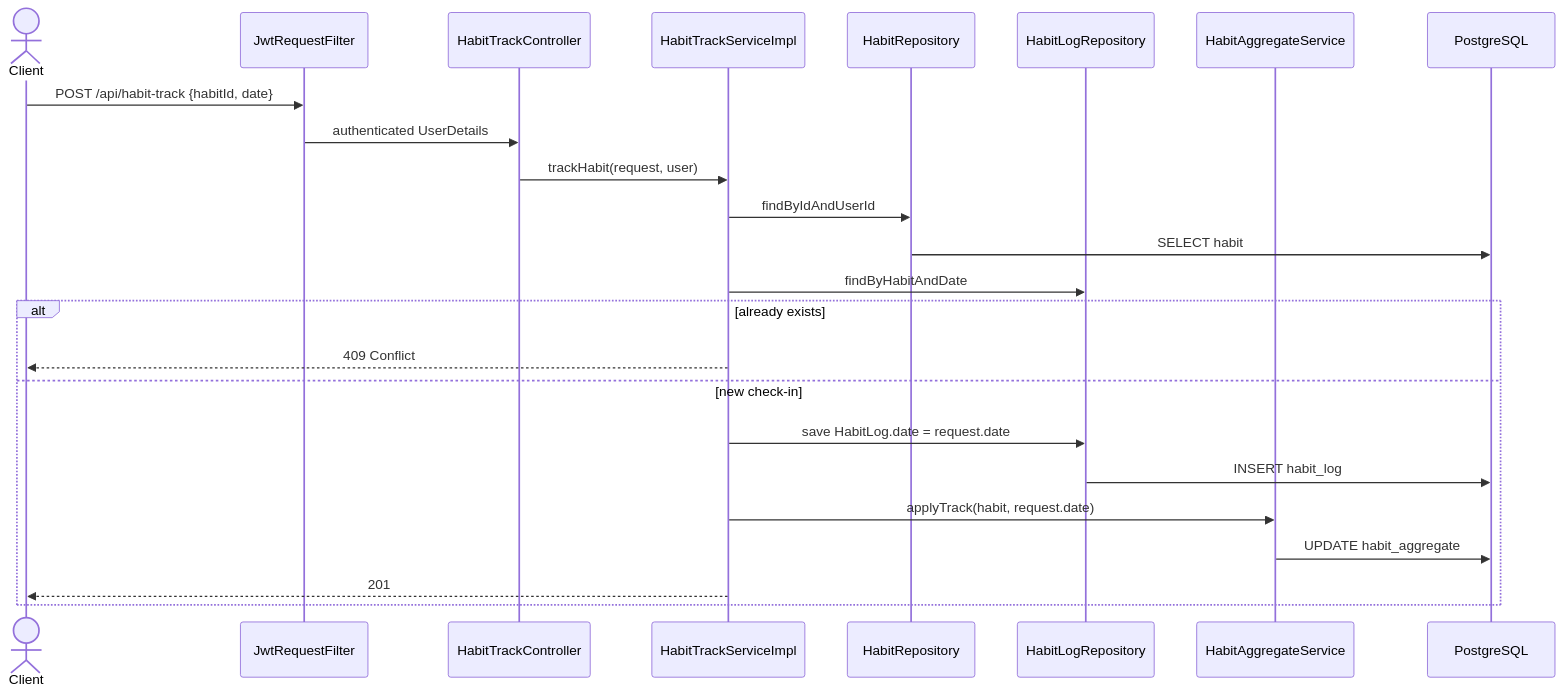
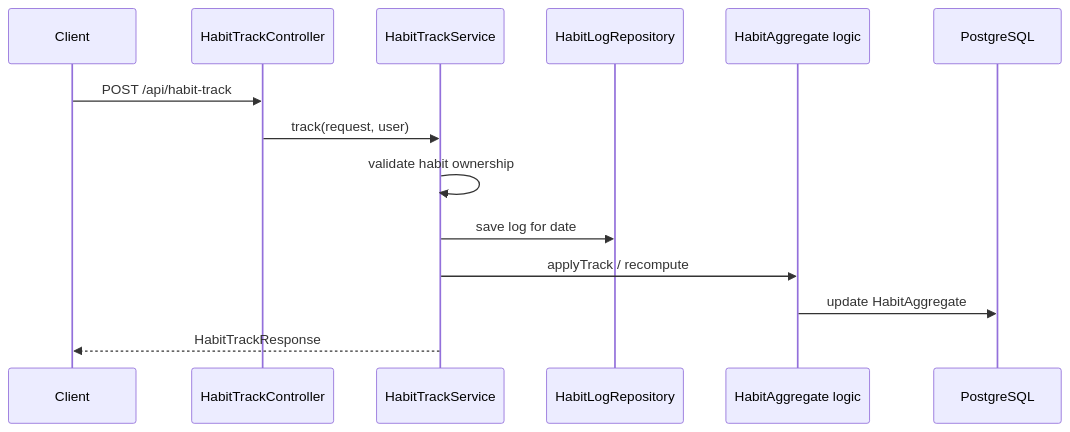
The fourth of 7 diagrams in aidlc/spaces/default/codekb/habit-tracker-springboot/architecture.md (crraay/habit-tracker-ai-dlc), drawn with Mermaid before and after one commit. The commit also changed other lines of this file and 240 other files, not shown here.

````diff
--- a/aidlc/spaces/default/codekb/habit-tracker-springboot/architecture.md
+++ b/aidlc/spaces/default/codekb/habit-tracker-springboot/architecture.md
@@ -86,27 +118,17 @@
 ```mermaid
 sequenceDiagram
-  actor Client
-  participant Filter as JwtRequestFilter
-  participant API as HabitTrackController
-  participant Svc as HabitTrackServiceImpl
-  participant HabitRepo as HabitRepository
-  participant LogRepo as HabitLogRepository
-  participant Agg as HabitAggregateService
+  participant Client
+  participant HabitTrackController
+  participant HabitTrackService
+  participant HabitLogRepository
+  participant AggregateService as HabitAggregate logic
   participant DB as PostgreSQL
 
-  Client->>Filter: POST /api/habit-track {habitId, date}
-  Filter->>API: authenticated UserDetails
-  API->>Svc: trackHabit(request, user)
-  Svc->>HabitRepo: findByIdAndUserId
-  HabitRepo->>DB: SELECT habit
-  Svc->>LogRepo: findByHabitAndDate
-  alt already exists
-    Svc-->>Client: 409 Conflict
-  else new check-in
-    Svc->>LogRepo: save HabitLog.date = request.date
-    LogRepo->>DB: INSERT habit_log
-    Svc->>Agg: applyTrack(habit, request.date)
-    Agg->>DB: UPDATE habit_aggregate
-    Svc-->>Client: 201
-  end
+  Client->>HabitTrackController: POST /api/habit-track
+  HabitTrackController->>HabitTrackService: track(request, user)
+  HabitTrackService->>HabitTrackService: validate habit ownership
+  HabitTrackService->>HabitLogRepository: save log for date
+  HabitTrackService->>AggregateService: applyTrack / recompute
+  AggregateService->>DB: update HabitAggregate
+  HabitTrackService-->>Client: HabitTrackResponse
 ```
````
